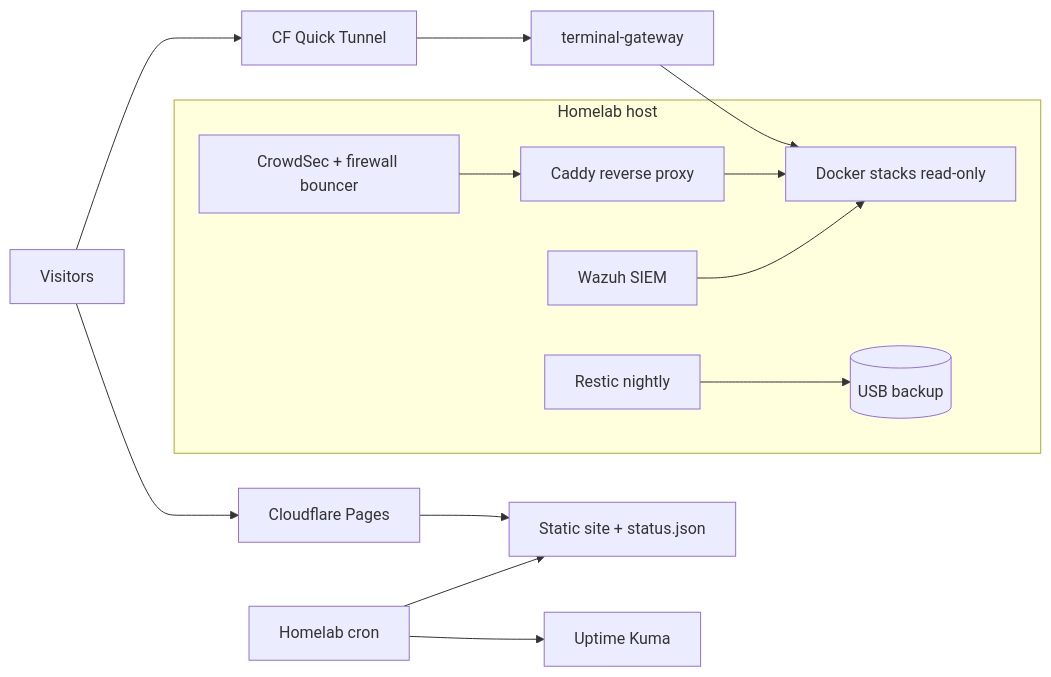
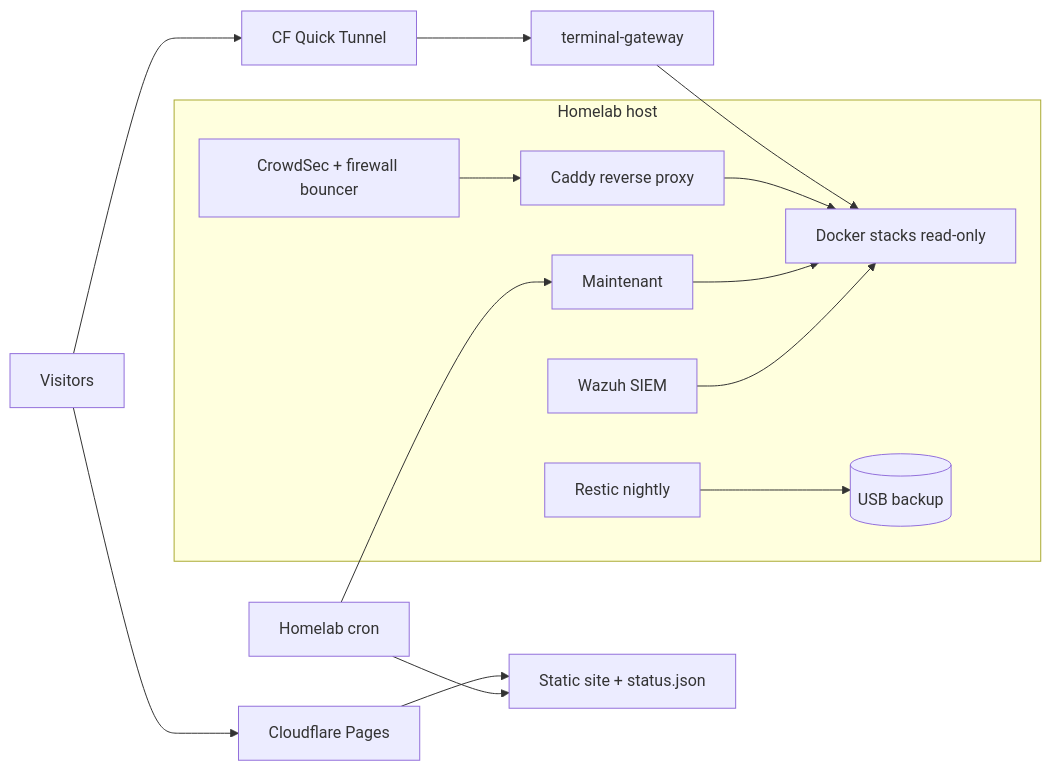
The diagram in README.md (Chrismmaldonado/homelab-configs), drawn with Mermaid before and after one commit. The commit also changed other lines of this file and 7 other files, not shown here.

````diff
--- a/README.md
+++ b/README.md
@@ -22,16 +22,17 @@
 ```mermaid
 flowchart LR
   V[Visitors] --> P[Cloudflare Pages]
   V --> T[CF Quick Tunnel]
   T --> G[terminal-gateway]
   P --> S[Static site + status.json]
   H[Homelab cron] --> S
-  H --> K[Uptime Kuma]
+  H --> M[Maintenant]
   G --> D[Docker stacks read-only]
   subgraph Homelab host
     C[Caddy reverse proxy] --> D
+    M --> D
     CS[CrowdSec + firewall bouncer] --> C
     W[Wazuh SIEM] --> D
     R[Restic nightly] --> U[(USB backup)]
   end
 ```
````
